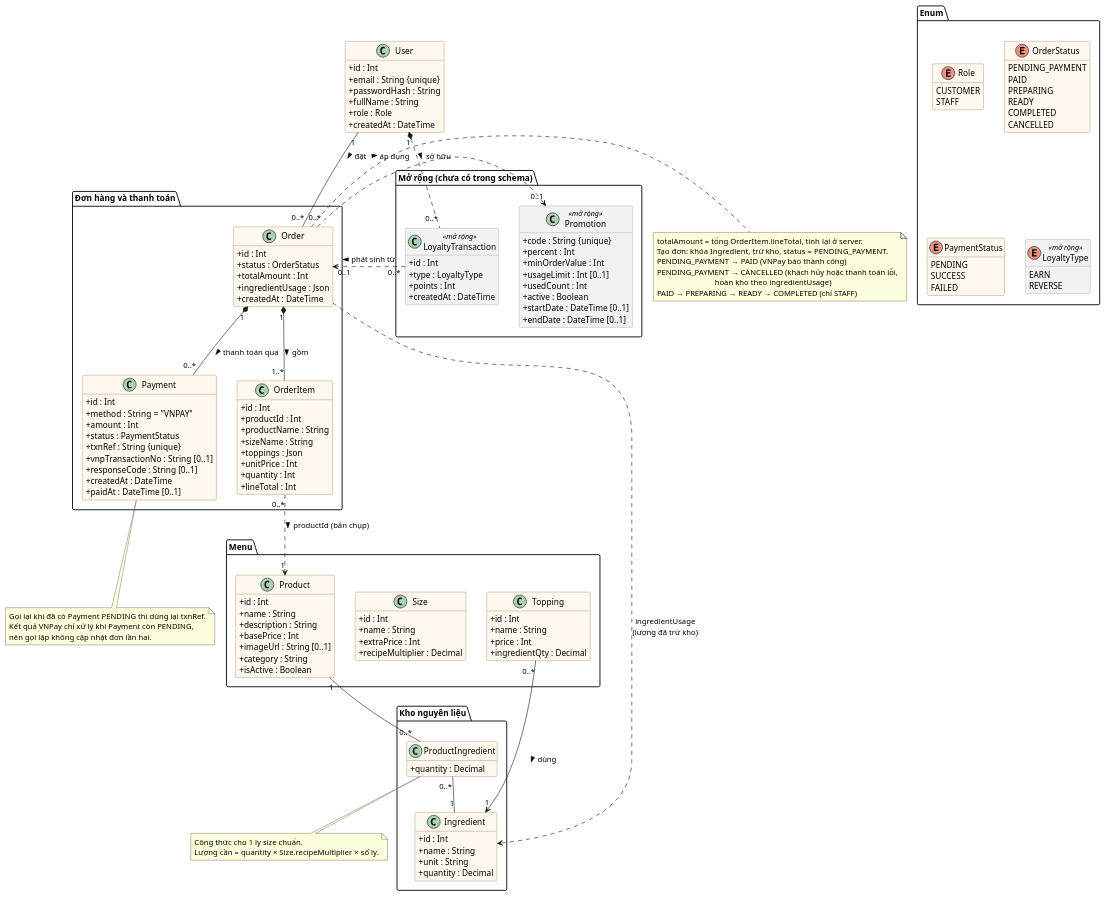
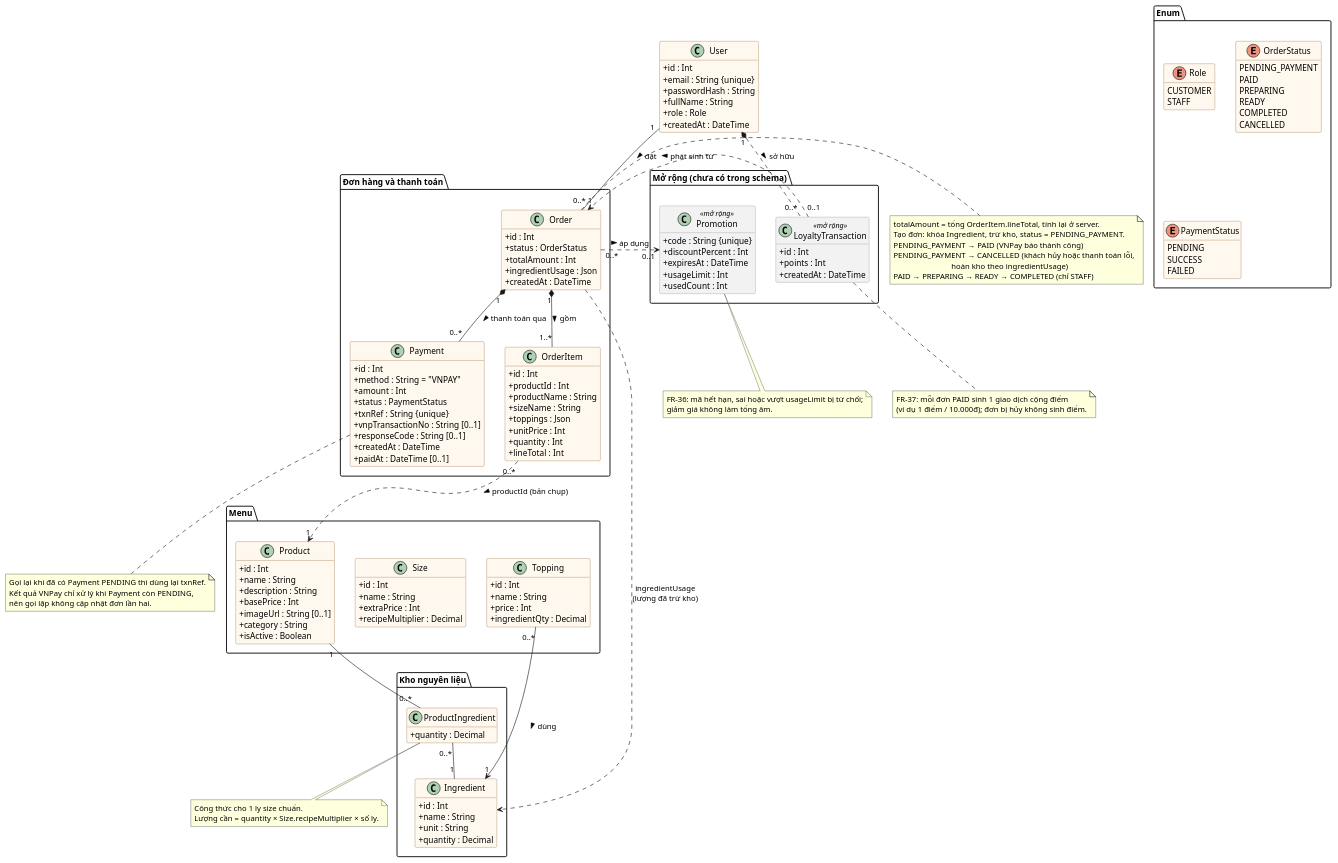
One commit to NguyenphamThaitu/FE_brewlite_hk1 changed the diagram in docs/diagrams/class-domain.puml. Above: the diagram before and after it, drawn with PlantUML. The commit also changed 2 other files, not shown here.

Commit message:
docs(task-2): base Promotion and LoyaltyTransaction on assignment 2 requirements
Derive attributes only from FR-36, FR-37 (SRS draft) and the loyalty points in FR-06, FR-07; drop minOrderValue, active, startDate and the LoyaltyType enum.

```diff
--- a/docs/diagrams/class-domain.puml
+++ b/docs/diagrams/class-domain.puml
@@ -1,170 +1,172 @@
 @startuml class-domain
 ' BrewLite - Class diagram muc domain (Task 2.3)
 ' Bam theo apps/api/prisma/schema.prisma. Mo ta: docs/diagrams/class-domain.md
 hide empty members
 skinparam classAttributeIconSize 0
 skinparam shadowing false
 skinparam class {
   BackgroundColor #FFF8EE
   BorderColor #8A5A2B
   BackgroundColor<<mở rộng>> #F2F2F2
   BorderColor<<mở rộng>> #888888
 }
 skinparam enum {
   BackgroundColor #EEF5FF
   BorderColor #3A6EA5
 }
 
 package "Enum" {
   enum Role {
     CUSTOMER
     STAFF
   }
   enum OrderStatus {
     PENDING_PAYMENT
     PAID
     PREPARING
     READY
     COMPLETED
     CANCELLED
   }
   enum PaymentStatus {
     PENDING
     SUCCESS
     FAILED
-  }
-  enum LoyaltyType <<mở rộng>> {
-    EARN
-    REVERSE
   }
 }
 
 class User {
   + id : Int
   + email : String {unique}
   + passwordHash : String
   + fullName : String
   + role : Role
   + createdAt : DateTime
 }
 
 package "Menu" {
   class Product {
     + id : Int
     + name : String
     + description : String
     + basePrice : Int
     + imageUrl : String [0..1]
     + category : String
     + isActive : Boolean
   }
   class Size {
     + id : Int
     + name : String
     + extraPrice : Int
     + recipeMultiplier : Decimal
   }
   class Topping {
     + id : Int
     + name : String
     + price : Int
     + ingredientQty : Decimal
   }
 }
 
 package "Kho nguyên liệu" {
   class Ingredient {
     + id : Int
     + name : String
     + unit : String
     + quantity : Decimal
   }
   class ProductIngredient {
     + quantity : Decimal
   }
 }
 
 package "Đơn hàng và thanh toán" {
   class Order {
     + id : Int
     + status : OrderStatus
     + totalAmount : Int
     + ingredientUsage : Json
     + createdAt : DateTime
   }
   class OrderItem {
     + id : Int
     + productId : Int
     + productName : String
     + sizeName : String
     + toppings : Json
     + unitPrice : Int
     + quantity : Int
     + lineTotal : Int
   }
   class Payment {
     + id : Int
     + method : String = "VNPAY"
     + amount : Int
     + status : PaymentStatus
     + txnRef : String {unique}
     + vnpTransactionNo : String [0..1]
     + responseCode : String [0..1]
     + createdAt : DateTime
     + paidAt : DateTime [0..1]
   }
 }
 
 package "Mở rộng (chưa có trong schema)" {
   class Promotion <<mở rộng>> {
     + code : String {unique}
-    + percent : Int
-    + minOrderValue : Int
-    + usageLimit : Int [0..1]
+    + discountPercent : Int
+    + expiresAt : DateTime
+    + usageLimit : Int
     + usedCount : Int
-    + active : Boolean
-    + startDate : DateTime [0..1]
-    + endDate : DateTime [0..1]
   }
   class LoyaltyTransaction <<mở rộng>> {
     + id : Int
-    + type : LoyaltyType
     + points : Int
     + createdAt : DateTime
   }
 }
 
 User "1" -- "0..*" Order : đặt >
 Order "1" *-- "1..*" OrderItem : gồm >
 OrderItem "0..*" ..> "1" Product : productId (bản chụp) >
 Order "1" *-- "0..*" Payment : thanh toán qua >
 
 Product "1" -- "0..*" ProductIngredient
 ProductIngredient "0..*" -- "1" Ingredient
 Topping "0..*" --> "1" Ingredient : dùng >
 Order ..> Ingredient : ingredientUsage\n(lượng đã trừ kho)
 
 Order "0..*" ..> "0..1" Promotion : áp dụng >
 User "1" *.. "0..*" LoyaltyTransaction : sở hữu >
-LoyaltyTransaction "0..*" ..> "0..1" Order : phát sinh từ >
+LoyaltyTransaction "0..1" ..> "1" Order : phát sinh từ >
+
+note bottom of Promotion
+  FR-36: mã hết hạn, sai hoặc vượt usageLimit bị từ chối;
+  giảm giá không làm tổng âm.
+end note
+
+note bottom of LoyaltyTransaction
+  FR-37: mỗi đơn PAID sinh 1 giao dịch cộng điểm
+  (ví dụ 1 điểm / 10.000đ); đơn bị hủy không sinh điểm.
+end note
 
 note right of Order
   totalAmount = tổng OrderItem.lineTotal, tính lại ở server.
   Tạo đơn: khóa Ingredient, trừ kho, status = PENDING_PAYMENT.
   PENDING_PAYMENT → PAID (VNPay báo thành công)
   PENDING_PAYMENT → CANCELLED (khách hủy hoặc thanh toán lỗi,
                                hoàn kho theo ingredientUsage)
   PAID → PREPARING → READY → COMPLETED (chỉ STAFF)
 end note
 
 note bottom of Payment
   Gọi lại khi đã có Payment PENDING thì dùng lại txnRef.
   Kết quả VNPay chỉ xử lý khi Payment còn PENDING,
   nên gọi lặp không cập nhật đơn lần hai.
 end note
 
 note bottom of ProductIngredient
   Công thức cho 1 ly size chuẩn.
   Lượng cần = quantity × Size.recipeMultiplier × số ly.
 end note
 @enduml
```
